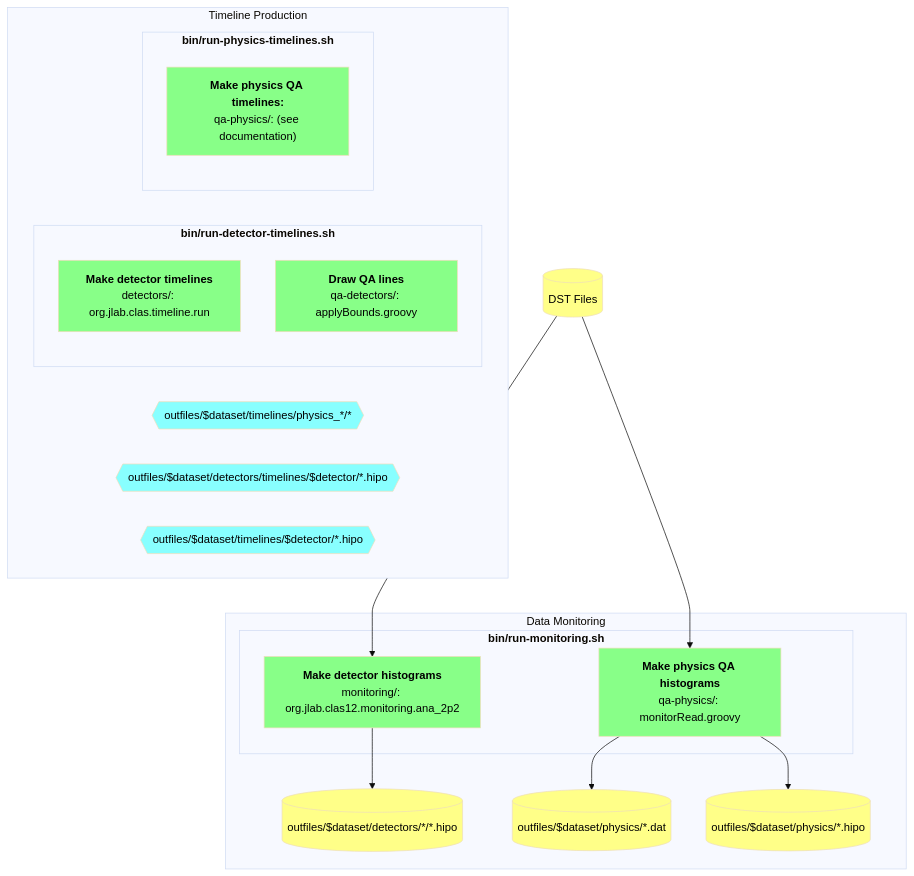
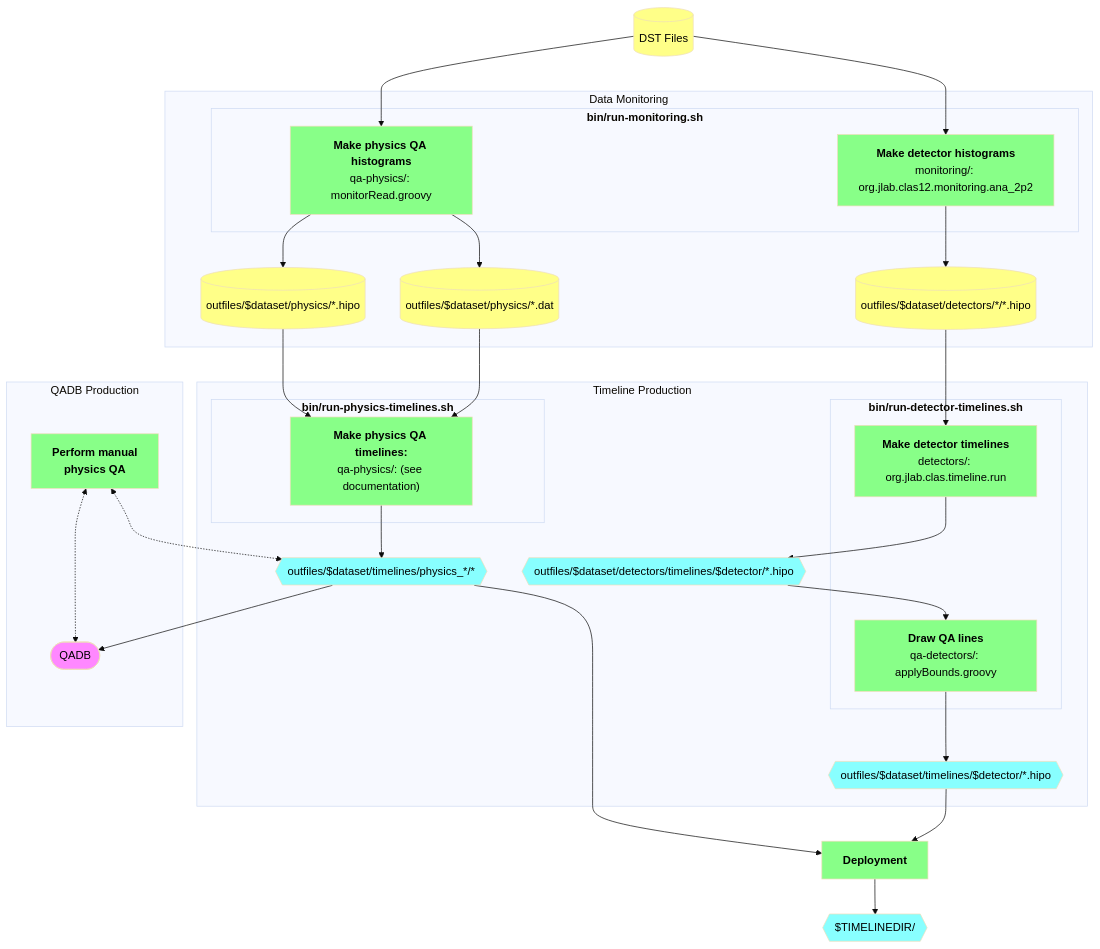
Before and after one commit to JeffersonLab/clas12-timeline: the diagram in README.md, drawn with Mermaid (base theme).

Commit message:
modified: README.md

````diff
--- a/README.md
+++ b/README.md
@@ -75,40 +75,59 @@
 ```mermaid
 flowchart TB
 
     classDef proc     fill:#8f8,color:black
     classDef data     fill:#ff8,color:black
     classDef misc     fill:#f8f,color:black
     classDef timeline fill:#8ff,color:black
 
     dst[(DST Files)]:::data
 
     subgraph Data Monitoring
         subgraph "<strong>bin/run-monitoring.sh</strong>"
             monitorDetectors["<strong>Make detector histograms</strong><br/>monitoring/: org.jlab.clas12.monitoring.ana_2p2"]:::proc
             monitorPhysics["<strong>Make physics QA histograms</strong><br/>qa-physics/: monitorRead.groovy"]:::proc
         end
         outplots[(outfiles/$dataset/detectors/*/*.hipo)]:::data
         outdat[(outfiles/$dataset/physics/*.dat)]:::data
         outmon[(outfiles/$dataset/physics/*.hipo)]:::data
     end
     dst --> monitorDetectors
     dst --> monitorPhysics
     monitorDetectors --> outplots
     monitorPhysics   --> outdat
     monitorPhysics   --> outmon
 
     subgraph Timeline Production
         subgraph "<strong>bin/run-detector-timelines.sh</strong>"
             timelineDetectorsPreQA["<strong>Make detector timelines</strong><br/>detectors/: org.jlab.clas.timeline.run"]:::proc
             timelineDetectors["<strong>Draw QA lines</strong><br/>qa-detectors/: applyBounds.groovy"]:::proc
         end
         subgraph "<strong>bin/run-physics-timelines.sh</strong>"
             timelinePhysics["<strong>Make physics QA timelines:</strong><br/>qa-physics/: (see documentation)"]:::proc
         end
         outTimelinePhysics{{outfiles/$dataset/timelines/physics_*/*}}:::timeline
         outTimelineDetectorsPreQA{{outfiles/$dataset/detectors/timelines/$detector/*.hipo}}:::timeline
         outTimelineDetectors{{outfiles/$dataset/timelines/$detector/*.hipo}}:::timeline
     end
 
+    outplots --> timelineDetectorsPreQA --> outTimelineDetectorsPreQA --> timelineDetectors --> outTimelineDetectors
+    outdat   --> timelinePhysics
+    outmon   --> timelinePhysics
+    timelinePhysics --> outTimelinePhysics
+
+    subgraph QADB Production
+        qadb([QADB]):::misc
+        manualQA[<strong>Perform manual<br/>physics QA</strong>]:::proc
+    end
+    
+    deploy["<strong>Deployment</strong>"]:::proc
+    timelineDir{{"$TIMELINEDIR/"}}:::timeline
+
+    outTimelineDetectors --> deploy
+    outTimelinePhysics   --> deploy
+    outTimelinePhysics   --> qadb
+    manualQA <-.-> outTimelinePhysics
+    manualQA <-.-> qadb
+    deploy --> timelineDir
 
 ```
````
